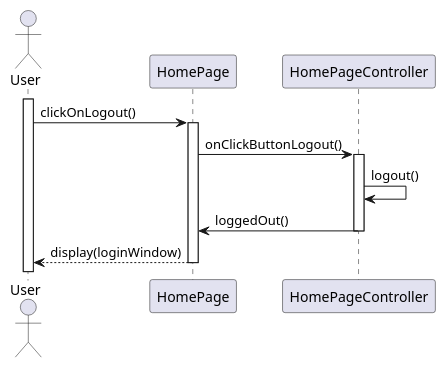
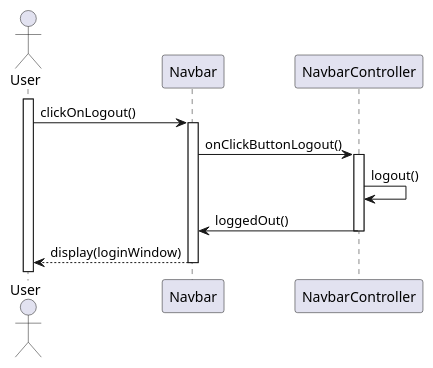
Before and after one commit to iusildra/WineCellar: the first of 5 diagrams in doc/reports/final/user.plantuml, drawn with PlantUML. The commit also changed other lines of this file and 2 other files, not shown here.

Commit message:
Class diagram + logout class name change

```diff
--- a/doc/reports/final/user.plantuml
+++ b/doc/reports/final/user.plantuml
@@ -1,15 +1,15 @@
 @startuml loggingOutSequenceDiagram
 skinparam responseMessageBelowArrow true
 
 actor User
-participant HomePage
-participant HomePageController
+participant Navbar
+participant NavbarController
 
 activate User
 
-User -> HomePage++: clickOnLogout()
-HomePage -> HomePageController++: onClickButtonLogout()
-HomePageController -> HomePageController: logout()
-HomePageController -> HomePage--: loggedOut()
-HomePage --> User--: display(loginWindow)
+User -> Navbar++: clickOnLogout()
+Navbar -> NavbarController++: onClickButtonLogout()
+NavbarController -> NavbarController: logout()
+NavbarController -> Navbar--: loggedOut()
+Navbar --> User--: display(loginWindow)
 @enduml
```
